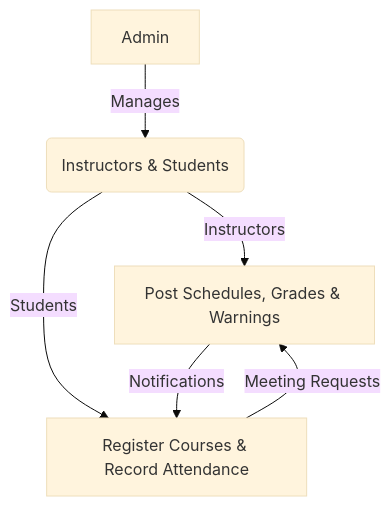
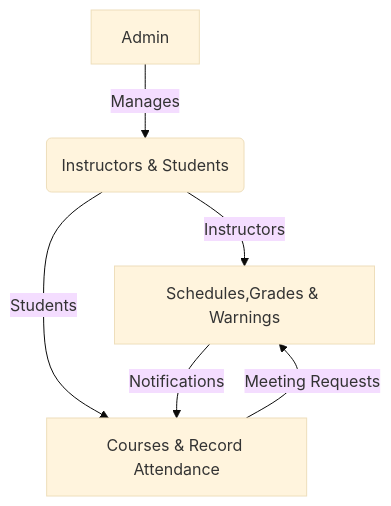
The diagram in README.md (Toqa-Ashraf8/EduFlow-System), drawn with Mermaid (base theme) before and after one commit.

````diff
--- a/README.md
+++ b/README.md
@@ -30,8 +30,8 @@
 ```mermaid
 graph TD
 A[Admin] -->|Manages| B(Instructors & Students)
-B -->|Instructors| C[Post Schedules, Grades & Warnings]
-B -->|Students| D[Register Courses & Record Attendance]
+B -->|Instructors| C[Schedules,Grades & Warnings]
+B -->|Students| D[Courses & Record Attendance]
 C -->|Notifications| D
 D -->|Meeting Requests| C
 ```
````
